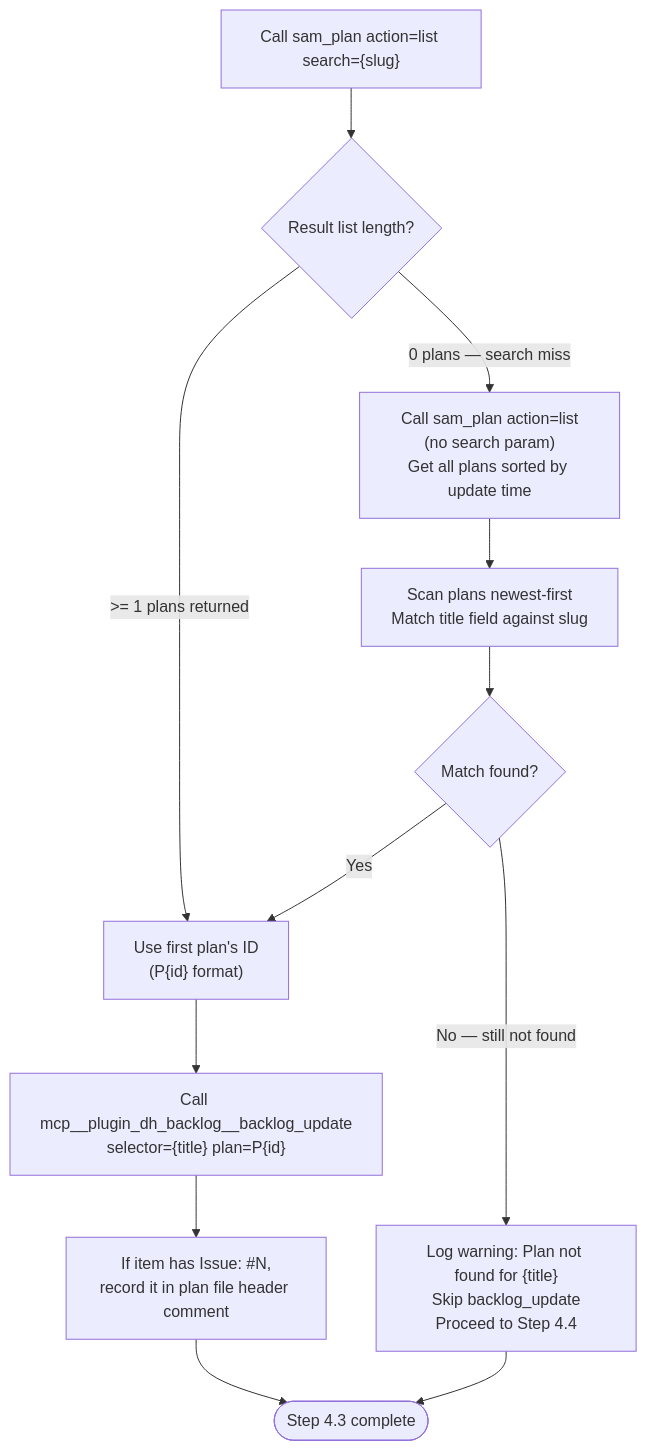
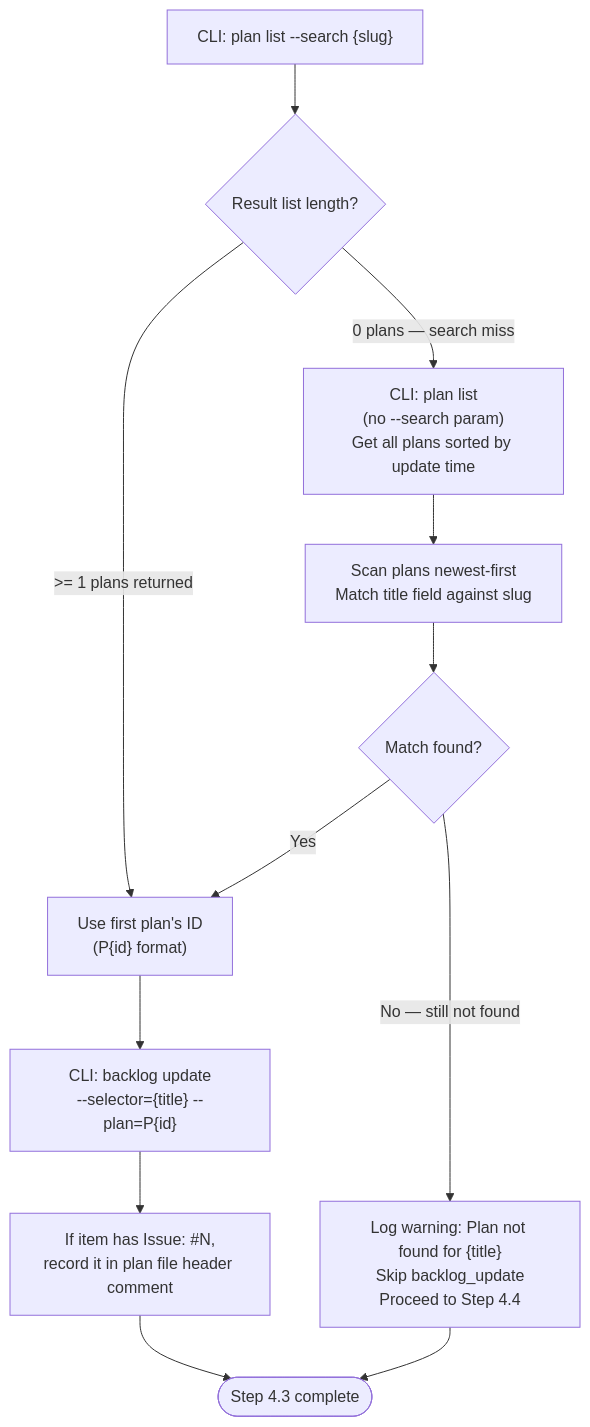
Before and after one commit to Jamie-BitFlight/claude_skills: the first of 3 diagrams in plugins/development-harness/skills/work-backlog-item/references/workflows/work/plan.md, drawn with Mermaid. The commit also changed other lines of this file and 5 other files, not shown here.

First line of the commit message:
docs(work-backlog-item): convert MCP calls to CLI in work/ workflow references

````diff
--- a/plugins/development-harness/skills/work-backlog-item/references/workflows/work/plan.md
+++ b/plugins/development-harness/skills/work-backlog-item/references/workflows/work/plan.md
@@ -47,14 +47,14 @@
 ```mermaid
 flowchart TD
-    Search["Call sam_plan action=list search={slug}"] --> Q{Result list length?}
+    Search["CLI: plan list --search {slug}"] --> Q{Result list length?}
     Q -->|">= 1 plans returned"| Found["Use first plan's ID<br>(P{id} format)"]
-    Q -->|"0 plans — search miss"| Retry["Call sam_plan action=list<br>(no search param)<br>Get all plans sorted by update time"]
+    Q -->|"0 plans — search miss"| Retry["CLI: plan list<br>(no --search param)<br>Get all plans sorted by update time"]
     Retry --> Scan["Scan plans newest-first<br>Match title field against slug"]
     Scan --> Q2{Match found?}
     Q2 -->|"Yes"| Found
     Q2 -->|"No — still not found"| Warn["Log warning: Plan not found for {title}<br>Skip backlog_update<br>Proceed to Step 4.4"]
-    Found --> Update["Call mcp__plugin_dh_backlog__backlog_update<br>selector={title} plan=P{id}"]
+    Found --> Update["CLI: backlog update<br>--selector={title} --plan=P{id}"]
     Update --> RecordIssue["If item has Issue: #N,<br>record it in plan file header comment"]
     RecordIssue --> Done([Step 4.3 complete])
     Warn --> Done
 ```
````
